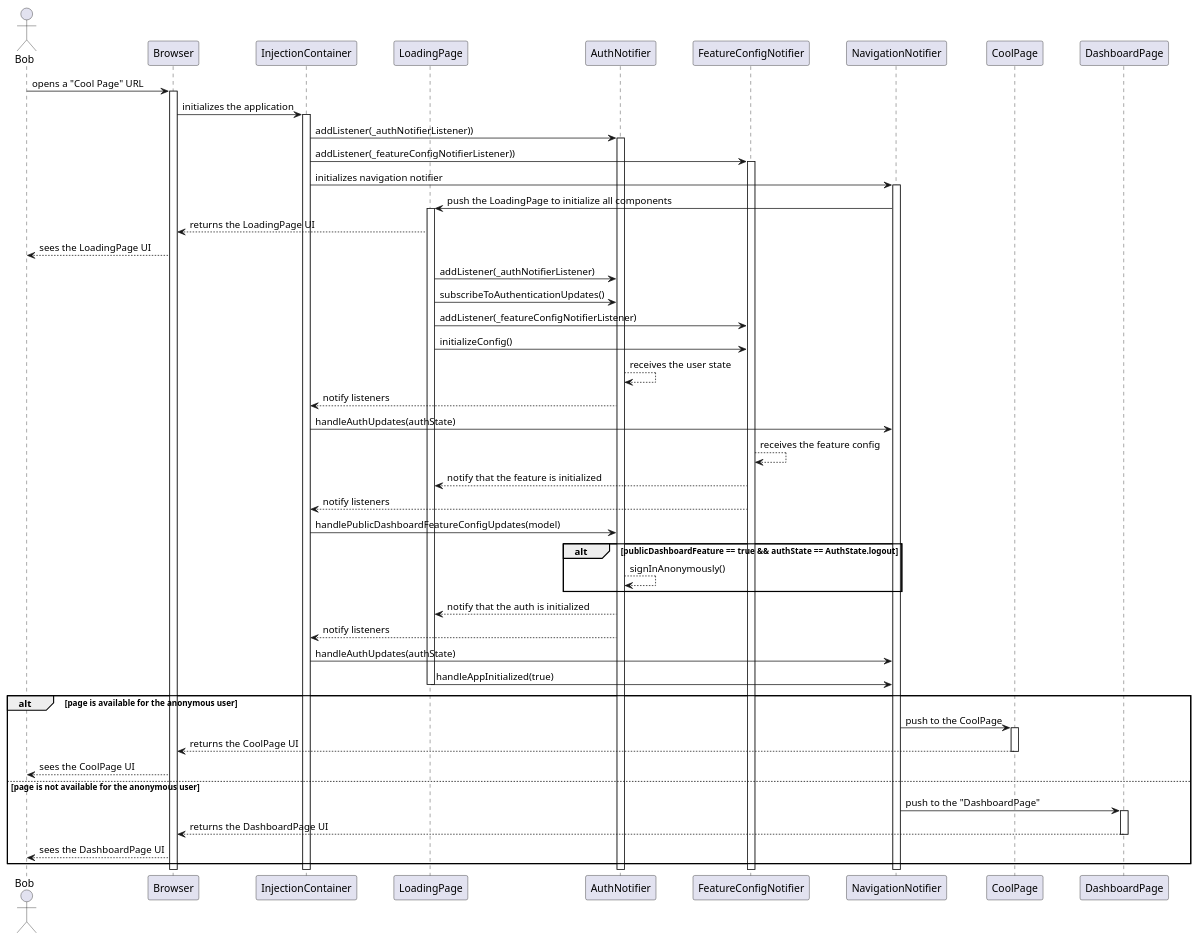
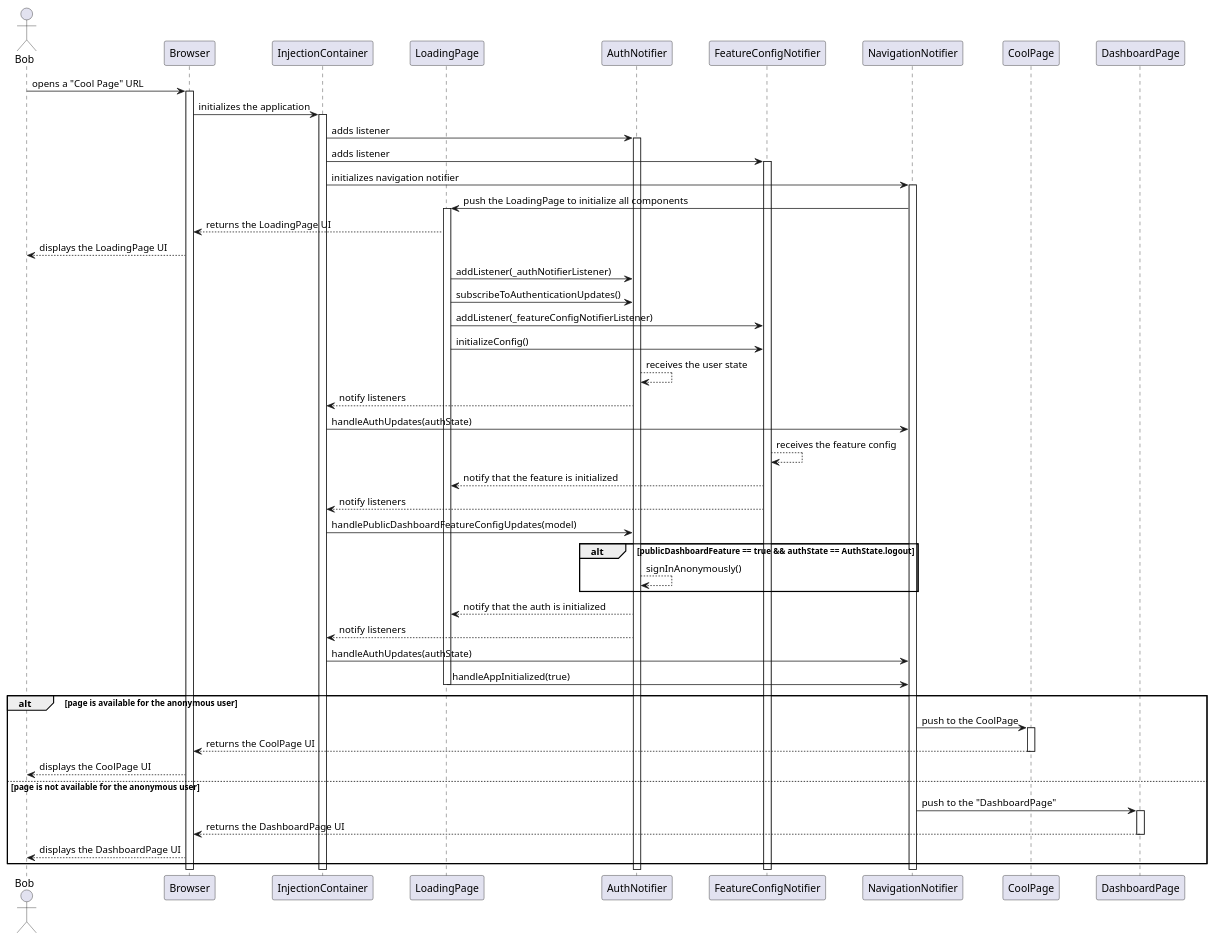
The diagram in metrics/web/docs/features/public_dashboard/diagrams/public_dashboard_sequence_diagram.puml (Flank/flank-dashboard), drawn with PlantUML before and after one commit. The commit also changed 2 other files, not shown here.

```diff
--- a/metrics/web/docs/features/public_dashboard/diagrams/public_dashboard_sequence_diagram.puml
+++ b/metrics/web/docs/features/public_dashboard/diagrams/public_dashboard_sequence_diagram.puml
@@ -1,60 +1,60 @@
 @startuml public_dashboard_sequence_diagram
 
 skinparam ParticipantPadding 20
 skinparam BoxPadding 10
 
 actor Bob
 
 participant Browser
 participant InjectionContainer
 participant LoadingPage
 participant AuthNotifier
 participant FeatureConfigNotifier
 participant NavigationNotifier
 participant CoolPage
 participant DashboardPage
 
 Bob -> Browser ++:  opens a "Cool Page" URL
 Browser -> InjectionContainer ++: initializes the application
-InjectionContainer -> AuthNotifier ++: addListener(_authNotifierListener))
-InjectionContainer -> FeatureConfigNotifier ++: addListener(_featureConfigNotifierListener))
+InjectionContainer -> AuthNotifier ++: adds listener
+InjectionContainer -> FeatureConfigNotifier ++: adds listener
 InjectionContainer -> NavigationNotifier ++: initializes navigation notifier
 NavigationNotifier -> LoadingPage ++: push the LoadingPage to initialize all components
 LoadingPage --> Browser: returns the LoadingPage UI
-Browser --> Bob: sees the LoadingPage UI
+Browser --> Bob: displays the LoadingPage UI
 
 LoadingPage -> AuthNotifier: addListener(_authNotifierListener)
 LoadingPage -> AuthNotifier: subscribeToAuthenticationUpdates()
 LoadingPage -> FeatureConfigNotifier: addListener(_featureConfigNotifierListener)
 LoadingPage -> FeatureConfigNotifier: initializeConfig()
 
 AuthNotifier --> AuthNotifier: receives the user state
 AuthNotifier --> InjectionContainer: notify listeners
 InjectionContainer -> NavigationNotifier: handleAuthUpdates(authState)
 
 FeatureConfigNotifier --> FeatureConfigNotifier: receives the feature config
 FeatureConfigNotifier --> LoadingPage: notify that the feature is initialized
 FeatureConfigNotifier --> InjectionContainer: notify listeners
 InjectionContainer -> AuthNotifier: handlePublicDashboardFeatureConfigUpdates(model)
 
 alt publicDashboardFeature == true && authState == AuthState.logout
 AuthNotifier --> AuthNotifier: signInAnonymously()
 end
 
 AuthNotifier --> LoadingPage: notify that the auth is initialized
 AuthNotifier --> InjectionContainer: notify listeners
 InjectionContainer -> NavigationNotifier: handleAuthUpdates(authState)
 LoadingPage -> NavigationNotifier: handleAppInitialized(true)
 LoadingPage--
 
 alt page is available for the anonymous user
 NavigationNotifier -> CoolPage ++: push to the CoolPage
 CoolPage --> Browser --: returns the CoolPage UI
-Browser --> Bob: sees the CoolPage UI
+Browser --> Bob: displays the CoolPage UI
 else page is not available for the anonymous user
 NavigationNotifier -> DashboardPage ++: push to the "DashboardPage"
 DashboardPage --> Browser --: returns the DashboardPage UI
-Browser --> Bob: sees the DashboardPage UI
+Browser --> Bob: displays the DashboardPage UI
 end
 
 @enduml
```
